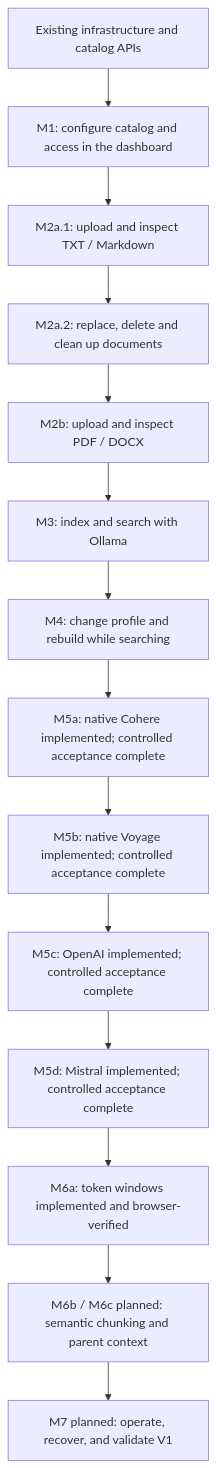
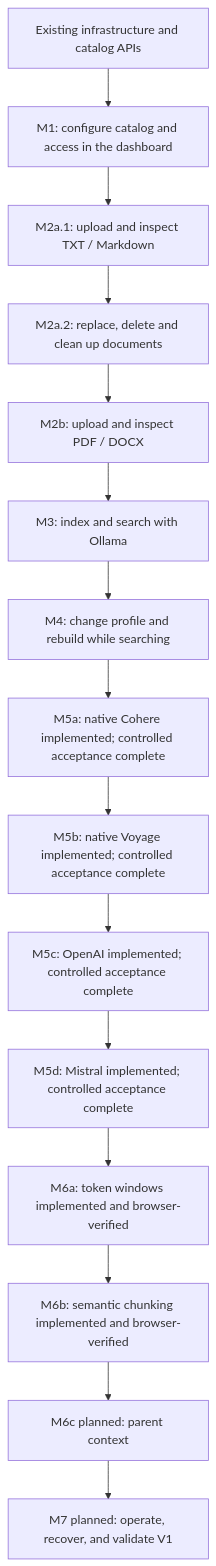
Before and after one commit to SimonLoir/vectorix: the fifth of 5 diagrams in docs/rag-implementation-plan.md, drawn with Mermaid. The commit also changed other lines of this file and 105 other files, not shown here.

Commit message:
feat(rag): add durable semantic chunking and work accounting

````diff
--- a/docs/rag-implementation-plan.md
+++ b/docs/rag-implementation-plan.md
@@ -246,16 +256,17 @@
 ```mermaid
 flowchart TD
     BASE["Existing infrastructure and catalog APIs"] --> M1["M1: configure catalog and access in the dashboard"]
     M1 --> M2A["M2a.1: upload and inspect TXT / Markdown"]
     M2A --> M2A2["M2a.2: replace, delete and clean up documents"]
     M2A2 --> M2B["M2b: upload and inspect PDF / DOCX"]
     M2B --> M3["M3: index and search with Ollama"]
     M3 --> M4["M4: change profile and rebuild while searching"]
     M4 --> M5A["M5a: native Cohere implemented; controlled acceptance complete"]
     M5A --> M5B["M5b: native Voyage implemented; controlled acceptance complete"]
     M5B --> M5C["M5c: OpenAI implemented; controlled acceptance complete"]
     M5C --> M5D["M5d: Mistral implemented; controlled acceptance complete"]
     M5D --> M6A["M6a: token windows implemented and browser-verified"]
-    M6A --> M6["M6b / M6c planned: semantic chunking and parent context"]
-    M6 --> M7["M7 planned: operate, recover, and validate V1"]
+    M6A --> M6B["M6b: semantic chunking implemented and browser-verified"]
+    M6B --> M6C["M6c planned: parent context"]
+    M6C --> M7["M7 planned: operate, recover, and validate V1"]
 ```
````
